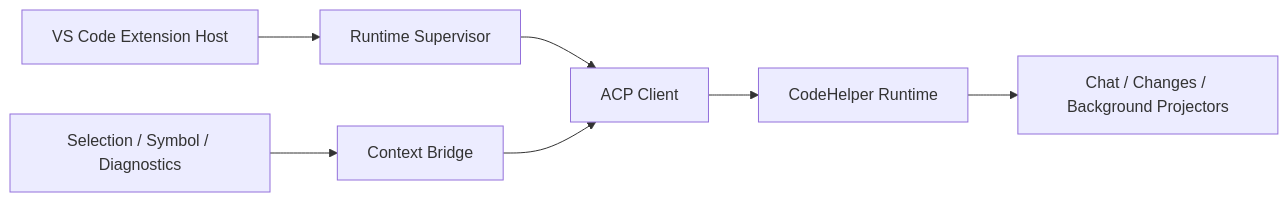
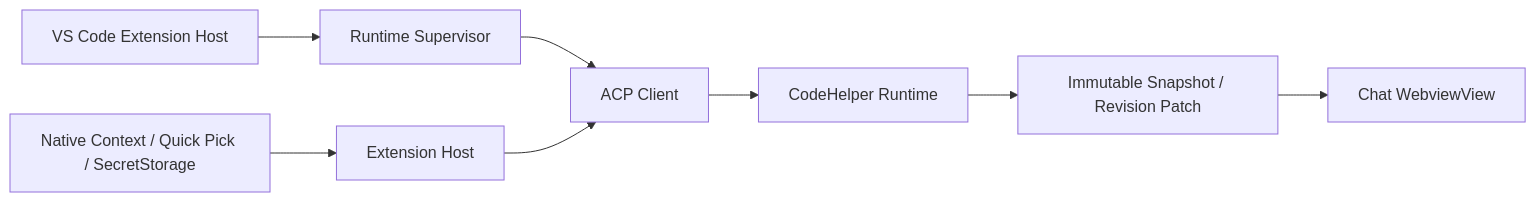
One commit to fwtllh-png/CodeHelper changed the diagram in docs/book/en/10-hosts-protocols/06-vscode.md. Above: the diagram before and after it, drawn with Mermaid. The commit also changed other lines of this file and 28 other files, not shown here.

Commit message:
docs(book): align native agent chat architecture

````diff
--- a/docs/book/en/10-hosts-protocols/06-vscode.md
+++ b/docs/book/en/10-hosts-protocols/06-vscode.md
@@ -38,9 +43,10 @@
 ```mermaid
 flowchart LR
     E[VS Code Extension Host] --> S[Runtime Supervisor]
     S --> A[ACP Client]
     A --> R[CodeHelper Runtime]
-    D[Selection / Symbol / Diagnostics] --> C[Context Bridge]
+    D[Native Context / Quick Pick / SecretStorage] --> C[Extension Host]
     C --> A
-    R --> P[Chat / Changes / Background Projectors]
+    R --> P[Immutable Snapshot / Revision Patch]
+    P --> W[Chat WebviewView]
 ```
````
